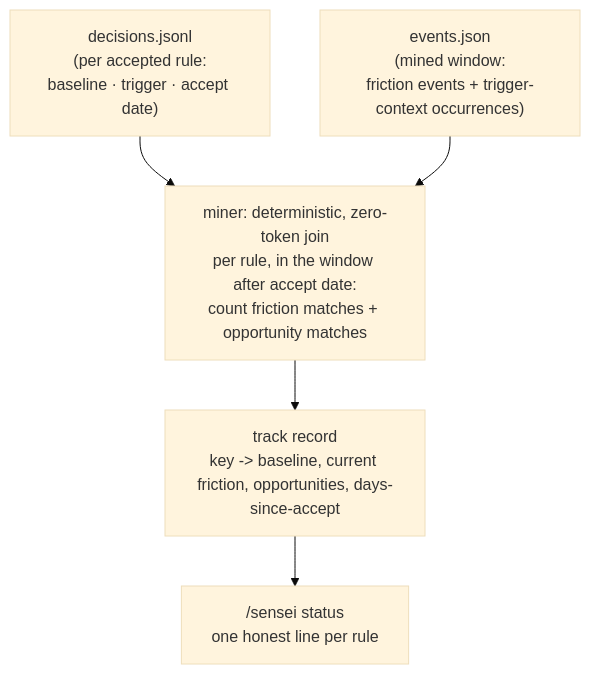
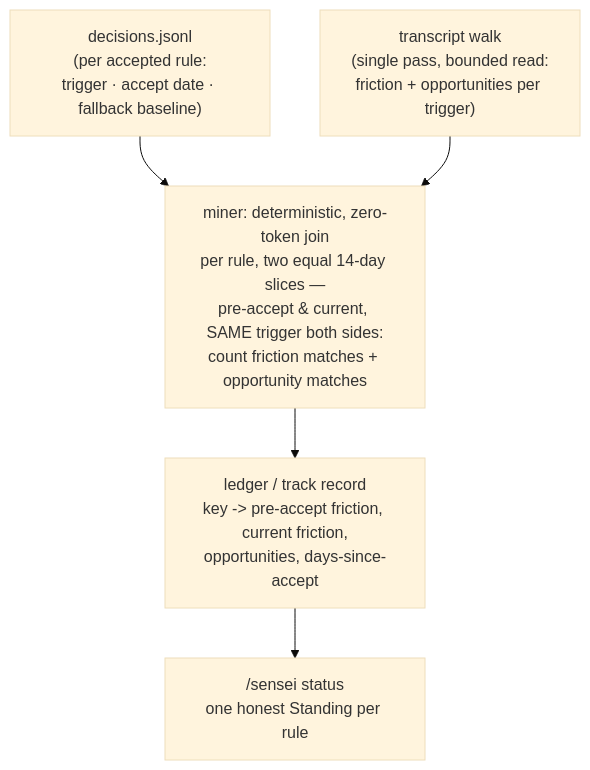
Before and after one commit to FlorianRiquelme/sensei: the diagram in docs/plans/2026-07-21-001-feat-effectiveness-ledger-plan.md, drawn with Mermaid (base theme). The commit also changed other lines of this file and 3 other files, not shown here.

````diff
--- a/docs/plans/2026-07-21-001-feat-effectiveness-ledger-plan.md
+++ b/docs/plans/2026-07-21-001-feat-effectiveness-ledger-plan.md
@@ -42,8 +44,8 @@
 ```mermaid
 flowchart TB
-  A["decisions.jsonl<br/>(per accepted rule:<br/>baseline · trigger · accept date)"] --> J
-  B["events.json<br/>(mined window:<br/>friction events + trigger-context occurrences)"] --> J
-  J["miner: deterministic, zero-token join<br/>per rule, in the window after accept date:<br/>count friction matches + opportunity matches"] --> T
-  T["track record<br/>key -> baseline, current friction, opportunities, days-since-accept"] --> S
-  S["/sensei status<br/>one honest line per rule"]
+  A["decisions.jsonl<br/>(per accepted rule:<br/>trigger · accept date · fallback baseline)"] --> J
+  B["transcript walk<br/>(single pass, bounded read:<br/>friction + opportunities per trigger)"] --> J
+  J["miner: deterministic, zero-token join<br/>per rule, two equal 14-day slices —<br/>pre-accept &amp; current, SAME trigger both sides:<br/>count friction matches + opportunity matches"] --> T
+  T["ledger / track record<br/>key -> pre-accept friction, current friction,<br/>opportunities, days-since-accept"] --> S
+  S["/sensei status<br/>one honest Standing per rule"]
 ```
````
